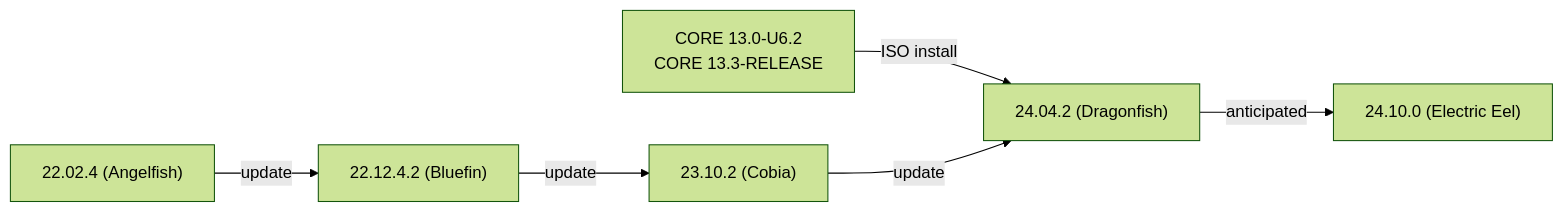
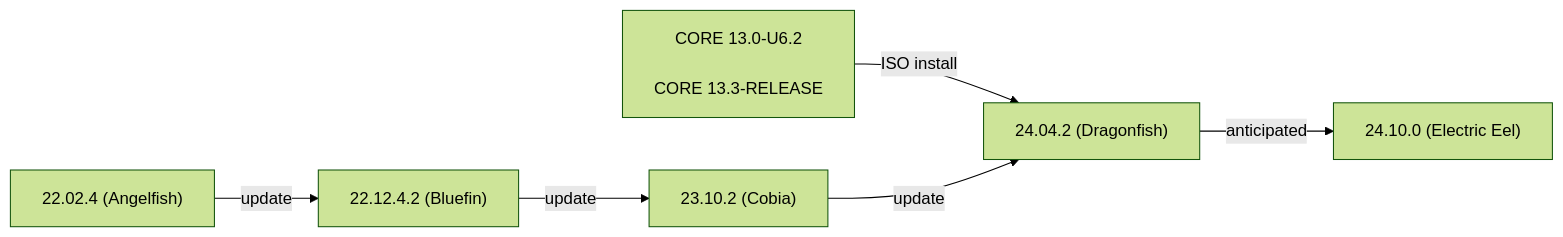
Before and after one commit to truenas/documentation: the first of 2 diagrams in static/includes/SCALEUpgradePaths.md, drawn with Mermaid (forest theme).

```diff
--- a/static/includes/SCALEUpgradePaths.md
+++ b/static/includes/SCALEUpgradePaths.md
@@ -49,9 +49,9 @@
           {{< mermaid class="mermaid_sizing" >}}
           flowchart LR
             A["22.02.4 (Angelfish)"] -->|update| C
-            B["CORE 13.0-U6.2<br>CORE 13.3-RELEASE"] -->|ISO install| E
+            B["CORE 13.0-U6.2<br><br>CORE 13.3-RELEASE"] -->|ISO install| E
             C["22.12.4.2 (Bluefin)"] -->|update| D
             D["23.10.2 (Cobia)"] -->|update| E
             E["24.04.2 (Dragonfish)"] -->|anticipated| H
             H["24.10.0 (Electric Eel)"]
           {{< /mermaid >}}
```
